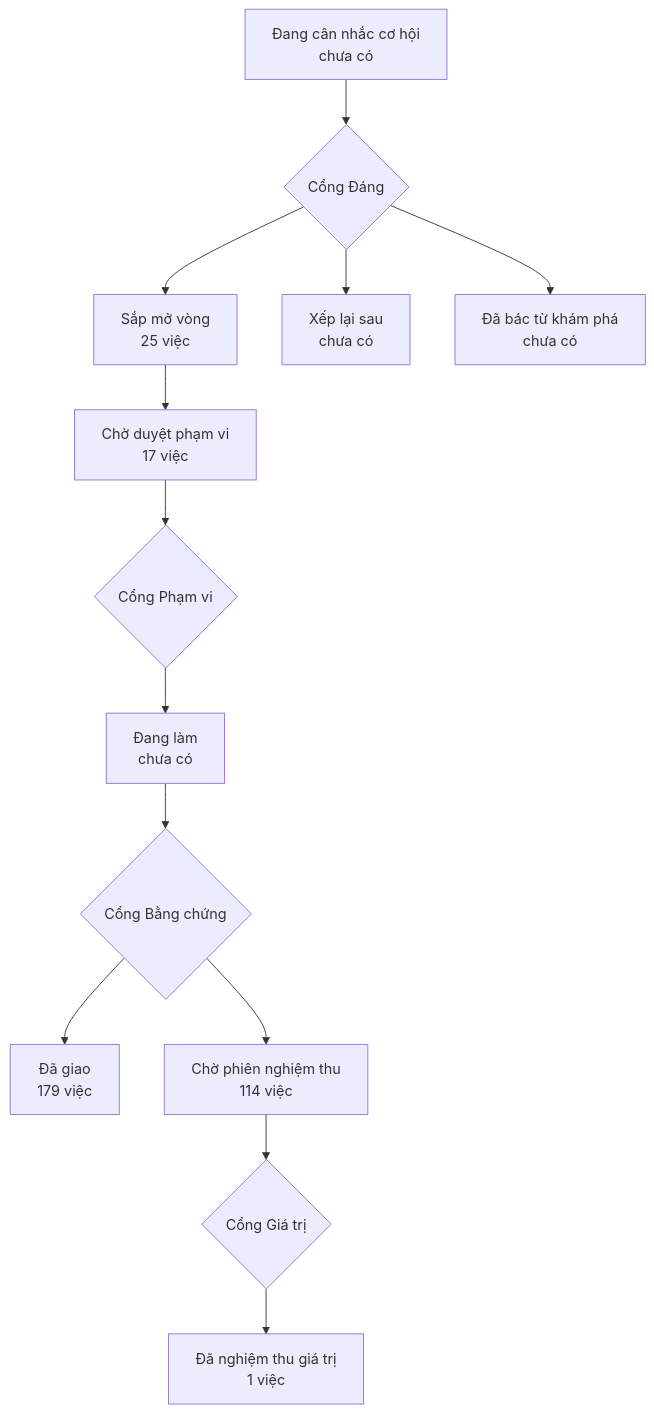
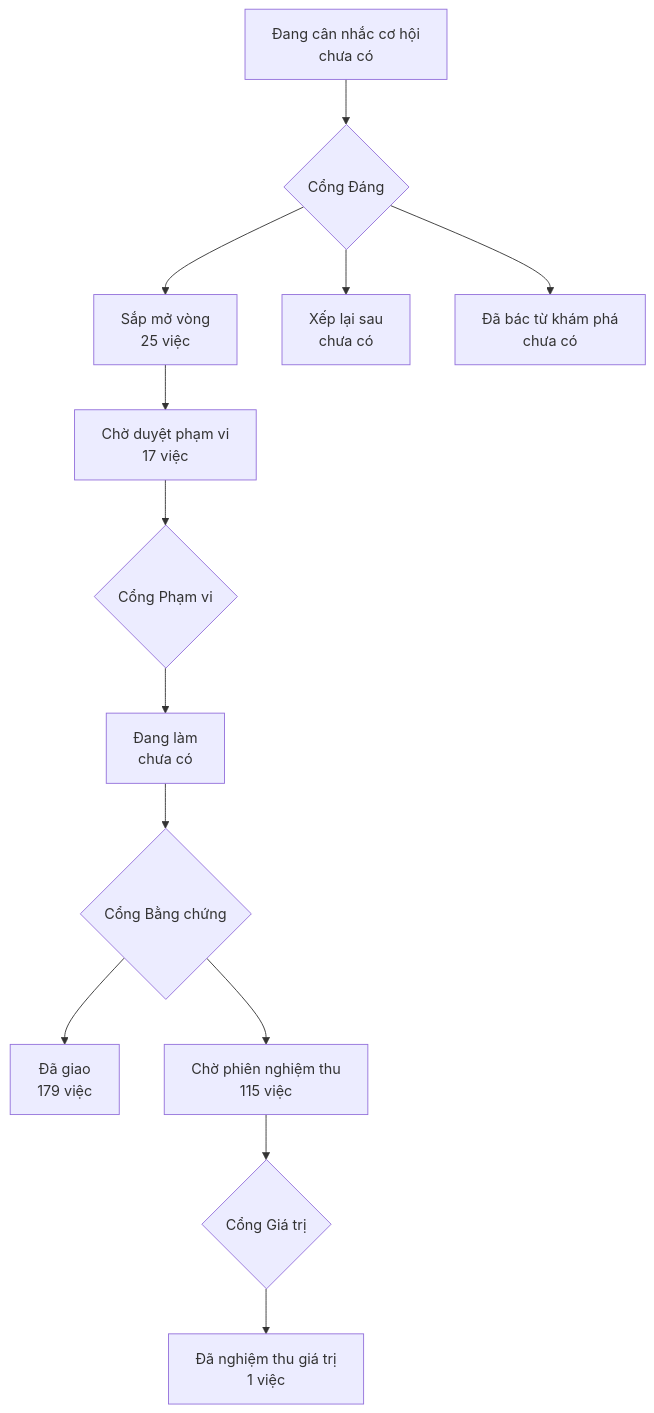
The diagram in PRODUCT-MAP.md (phanlemanh/onehub-invest), drawn with Mermaid before and after one commit. The commit also changed other lines of this file and 1 other file, not shown here.

Commit message:
chore(map): vẽ lại bản đồ sau khi nhận main 22d2ca65

````diff
--- a/PRODUCT-MAP.md
+++ b/PRODUCT-MAP.md
@@ -7,12 +7,12 @@
 ```mermaid
 flowchart TD
   A["Đang cân nhắc cơ hội<br/>chưa có"] --> GD{"Cổng Đáng"}
   GD --> B["Sắp mở vòng<br/>25 việc"]
   GD --> XL["Xếp lại sau<br/>chưa có"]
   GD --> DB["Đã bác từ khám phá<br/>chưa có"]
   B --> CD["Chờ duyệt phạm vi<br/>17 việc"] --> GP{"Cổng Phạm vi"}
   GP --> DL["Đang làm<br/>chưa có"] --> GB{"Cổng Bằng chứng"}
   GB --> DG["Đã giao<br/>179 việc"]
-  GB --> CN["Chờ phiên nghiệm thu<br/>114 việc"] --> GG{"Cổng Giá trị"}
+  GB --> CN["Chờ phiên nghiệm thu<br/>115 việc"] --> GG{"Cổng Giá trị"}
   GG --> NT["Đã nghiệm thu giá trị<br/>1 việc"]
 ```
````
